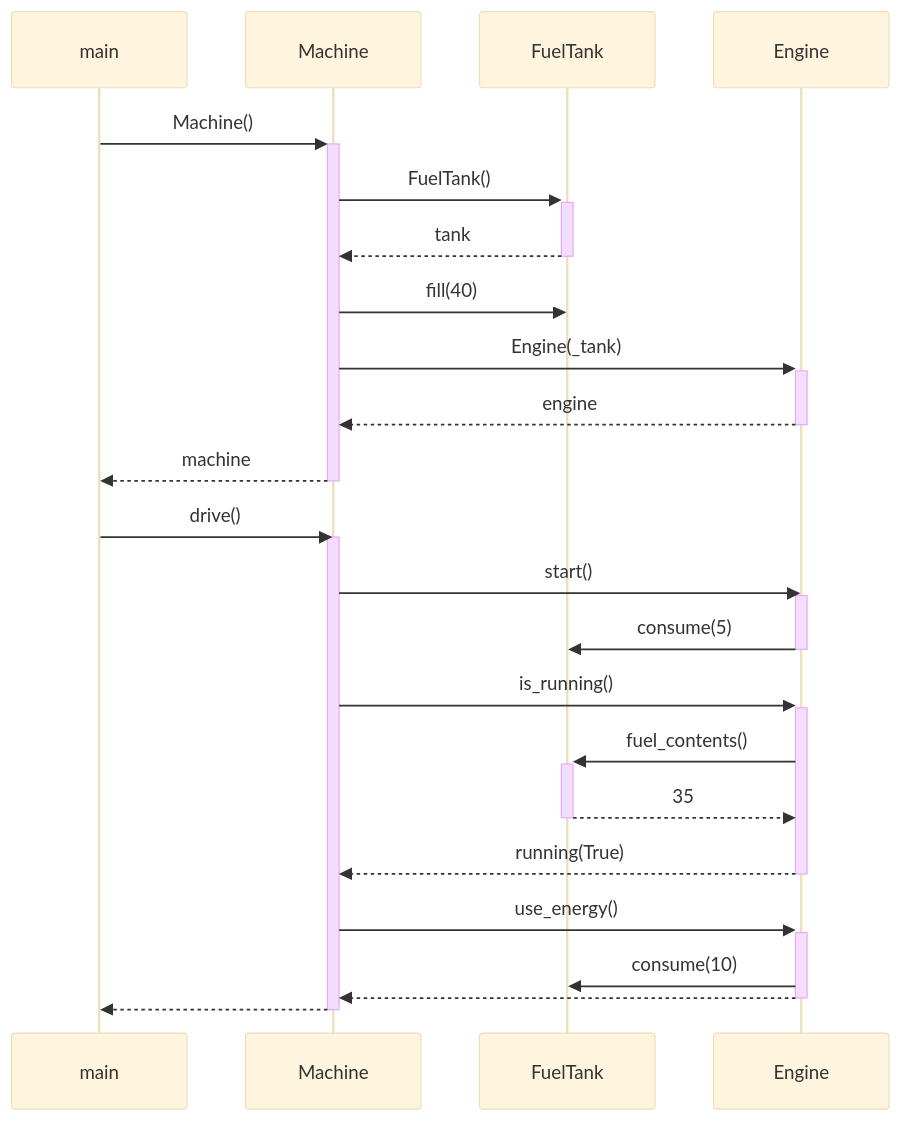
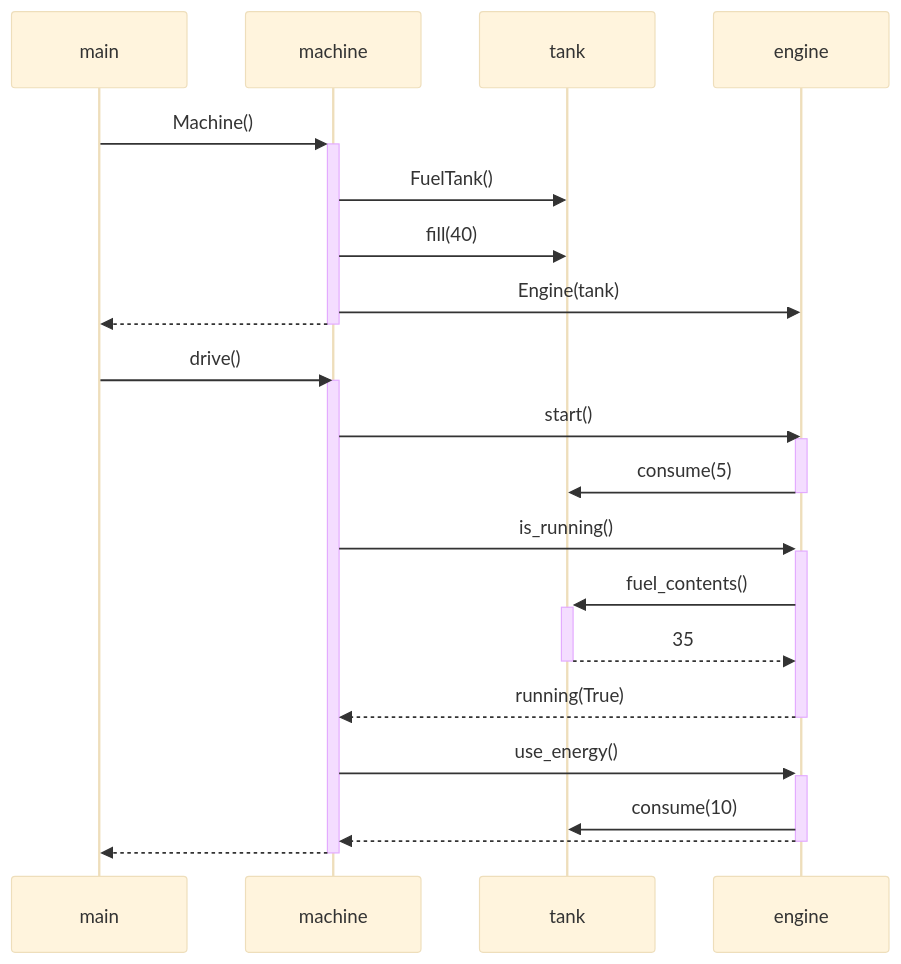
Before and after one commit to piamanns/ot-harjoitustyo: the diagram in laskarit/viikko3/machine_sequence.md, drawn with Mermaid (base theme).

Commit message:
Reformat sequence diagram for machine

````diff
--- a/laskarit/viikko3/machine_sequence.md
+++ b/laskarit/viikko3/machine_sequence.md
@@ -1,26 +1,24 @@
 ```mermaid
 sequenceDiagram
-    main ->>+ Machine: Machine()
-    Machine ->>+ FuelTank: FuelTank() 
-    FuelTank -->>- Machine: tank
-    Machine ->> FuelTank: fill(40)
-    Machine ->>+ Engine: Engine(_tank)
-    Engine -->>- Machine: engine    
-    Machine -->>- main: machine
-    main ->> Machine: drive()
-    activate Machine
-    Machine ->> Engine: start()
-    activate Engine
-    Engine ->> FuelTank: consume(5)
-    deactivate Engine
-    Machine ->>+ Engine: is_running()
-    Engine ->>+ FuelTank: fuel_contents()
-    FuelTank -->>- Engine: 35
-    Engine -->>- Machine: running(True)
-    Machine ->>+ Engine:use_energy()
-    Engine ->> FuelTank:consume(10)
-    Engine -->> Machine:  
-    deactivate Engine
-    Machine -->> main: 
-    deactivate Machine
+    main ->>+ machine: Machine()
+    machine ->> tank: FuelTank()
+    machine ->> tank: fill(40)
+    machine ->> engine: Engine(tank)
+    machine -->>- main: 
+    main ->> machine: drive()
+    activate machine
+    machine ->> engine: start()
+    activate engine
+    engine ->> tank: consume(5)
+    deactivate engine
+    machine ->>+ engine: is_running()
+    engine ->>+ tank: fuel_contents()
+    tank -->>- engine: 35
+    engine -->>- machine: running(True)
+    machine ->>+ engine: use_energy()
+    engine ->> tank: consume(10)
+    engine -->> machine:  
+    deactivate engine
+    machine -->> main: 
+    deactivate machine
 ```
````
